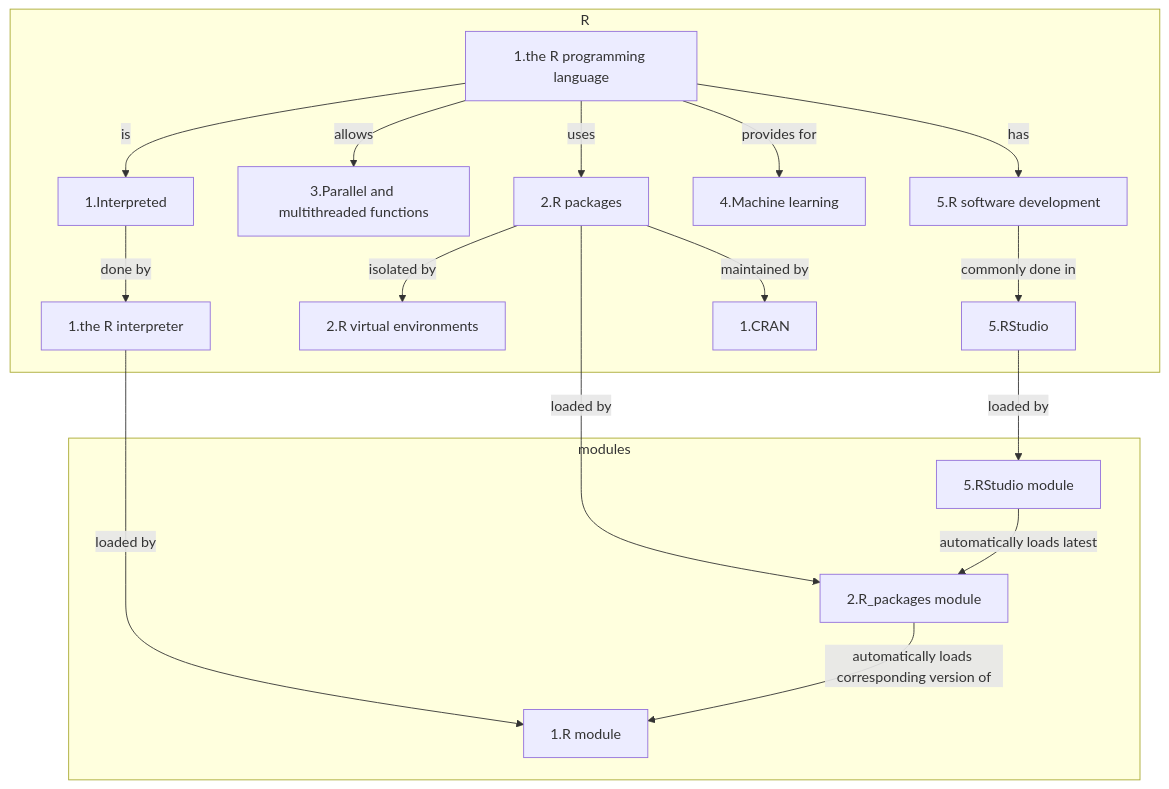
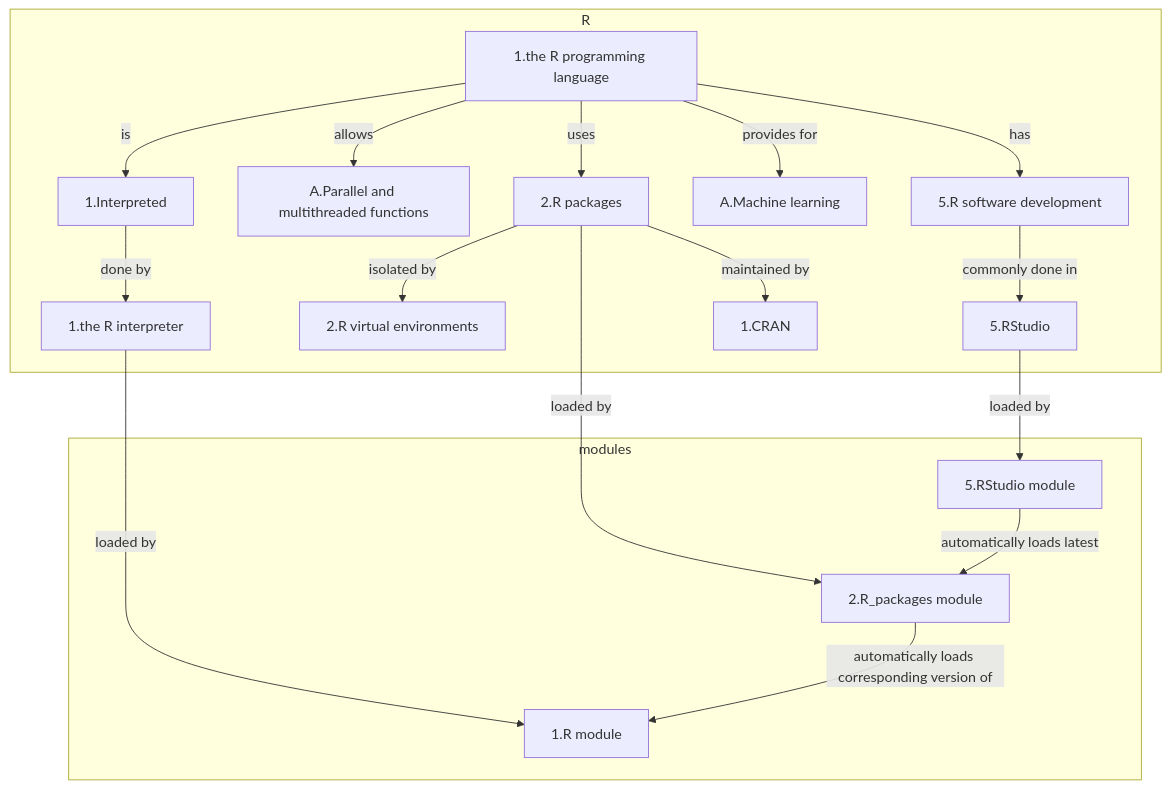
The third of 3 diagrams in docs/r/intro/README.md (UPPMAX/R-matlab-julia-HPC), drawn with Mermaid before and after one commit.

Commit message:
Indicate advanced sessions

````diff
--- a/docs/r/intro/README.md
+++ b/docs/r/intro/README.md
@@ -108,39 +108,39 @@
 ```mermaid
 graph TD
 
     subgraph r[R]
       r_interpreter[1.the R interpreter]
       r_packages[2.R packages]
       r_virtual_environments[2.R virtual environments]
       r_language[1.the R programming language]
-      parallel_and_multithreaded_functions[3.Parallel and multithreaded functions]
+      parallel_and_multithreaded_functions[A.Parallel and multithreaded functions]
       r_dev[5.R software development]
       rstudio[5.RStudio]
-      ml[4.Machine learning]
+      ml[A.Machine learning]
       interpreted_language[1.Interpreted]
       cran[1.CRAN]
     end
     subgraph modules[modules]
       r_module[1.R module]
       r_packages_module[2.R_packages module]
       rstudio_module[5.RStudio module]
     end
 
 
     r_language --> |has| r_dev
     r_language --> |is| interpreted_language
     r_language --> |uses| r_packages
     interpreted_language --> |done by| r_interpreter
     r_packages --> |maintained by| cran
     r_packages --> |isolated by|r_virtual_environments
     r_language --> |allows| parallel_and_multithreaded_functions
     r_language --> |provides for| ml
     r_dev --> |commonly done in| rstudio
 
     r_interpreter --> |loaded by|r_module
     r_packages --> |loaded by|r_packages_module
     rstudio --> |loaded by|rstudio_module
 
     rstudio_module --> |automatically loads latest| r_packages_module
     r_packages_module --> |automatically loads corresponding version of| r_module
 ```
````
